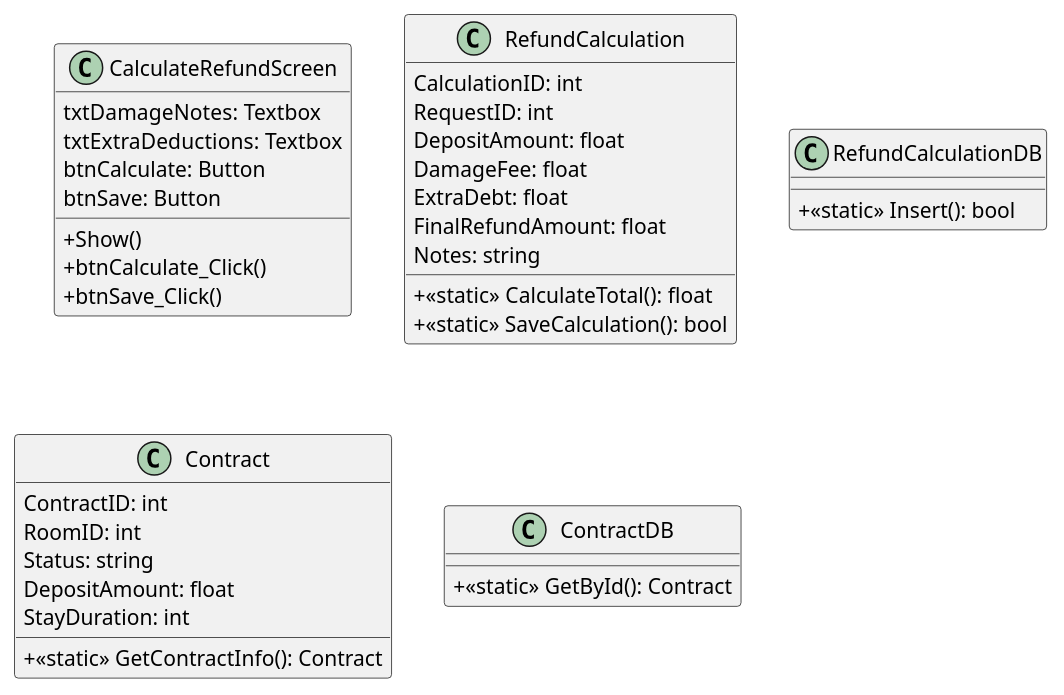
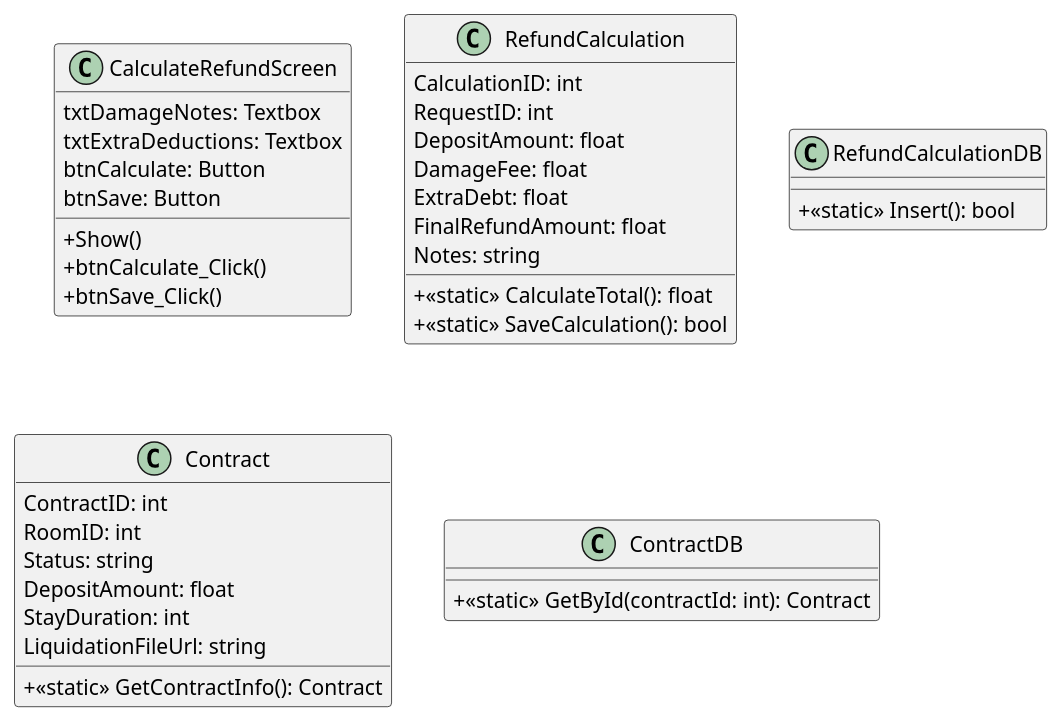
Before and after one commit to Gnourt812005/HCMUS-Analyze-and-desgin-IS: the diagram in tra_phong/class/tinh_hoan_coc_khau_tru_class.wsd, drawn with PlantUML. The commit also changed 7 other files, not shown here.

Commit message:
quangdo/tra_phong: added class and sequence diagram for thanh_ly_hop_dong

```diff
--- a/tra_phong/class/tinh_hoan_coc_khau_tru_class.wsd
+++ b/tra_phong/class/tinh_hoan_coc_khau_tru_class.wsd
@@ -1,43 +1,44 @@
 @startuml
 skinparam classAttributeIconSize 0
 
 class CalculateRefundScreen {
   txtDamageNotes: Textbox
   txtExtraDeductions: Textbox
   btnCalculate: Button
   btnSave: Button
   + Show()
   + btnCalculate_Click()
   + btnSave_Click()
 }
 
 class RefundCalculation {
   CalculationID: int
   RequestID: int
   DepositAmount: float
   DamageFee: float
   ExtraDebt: float
   FinalRefundAmount: float
   Notes: string
   + <<static>> CalculateTotal(): float
   + <<static>> SaveCalculation(): bool
 }
 
 class RefundCalculationDB {
   + <<static>> Insert(): bool
 }
 
 class Contract {
   ContractID: int
   RoomID: int
   Status: string
   DepositAmount: float
   StayDuration: int
+  LiquidationFileUrl: string
   + <<static>> GetContractInfo(): Contract
 }
 
 class ContractDB {
-  + <<static>> GetById(): Contract
+  + <<static>> GetById(contractId: int): Contract
 }
 
 @enduml
```
